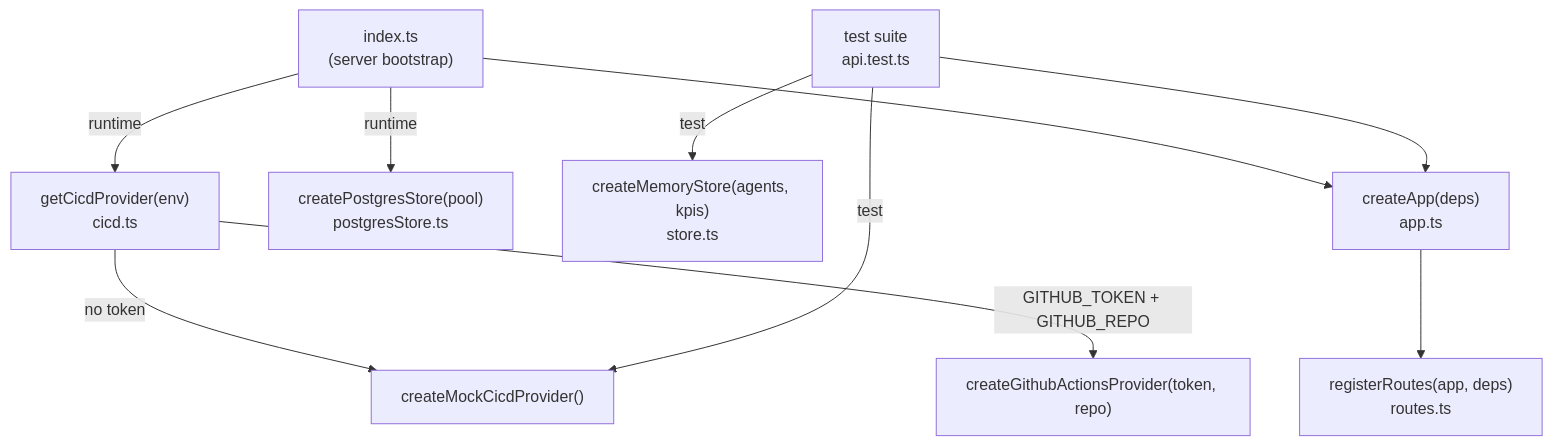
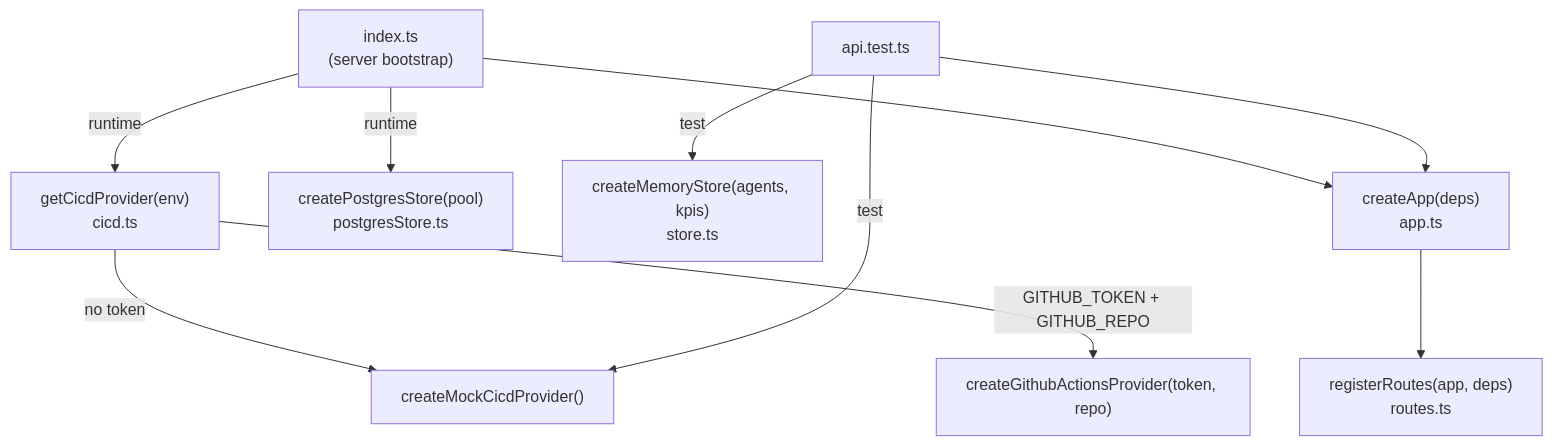
One commit to Gunashekharp/sdlc-sample-worflow changed the fourth of 7 diagrams in docs-site/src/content/docs/architecture.md. Above: the diagram before and after it, drawn with Mermaid. The commit also changed other lines of this file and 2 other files, not shown here.

````diff
--- a/docs-site/src/content/docs/architecture.md
+++ b/docs-site/src/content/docs/architecture.md
@@ -118,22 +129,22 @@
 ```mermaid
 flowchart TD
   index["index.ts\n(server bootstrap)"]
   createApp["createApp(deps)\napp.ts"]
   registerRoutes["registerRoutes(app, deps)\nroutes.ts"]
   postgresStore["createPostgresStore(pool)\npostgresStore.ts"]
   memoryStore["createMemoryStore(agents, kpis)\nstore.ts"]
   getCicd["getCicdProvider(env)\ncicd.ts"]
   mockCicd["createMockCicdProvider()"]
   githubCicd["createGithubActionsProvider(token, repo)"]
 
   index -->|"runtime"| postgresStore
   index -->|"runtime"| getCicd
   getCicd -->|"no token"| mockCicd
   getCicd -->|"GITHUB_TOKEN + GITHUB_REPO"| githubCicd
   index --> createApp
   createApp --> registerRoutes
 
-  tests["test suite\napi.test.ts"] -->|"test"| memoryStore
+  tests["api.test.ts"] -->|"test"| memoryStore
   tests -->|"test"| mockCicd
   tests --> createApp
 ```
````
